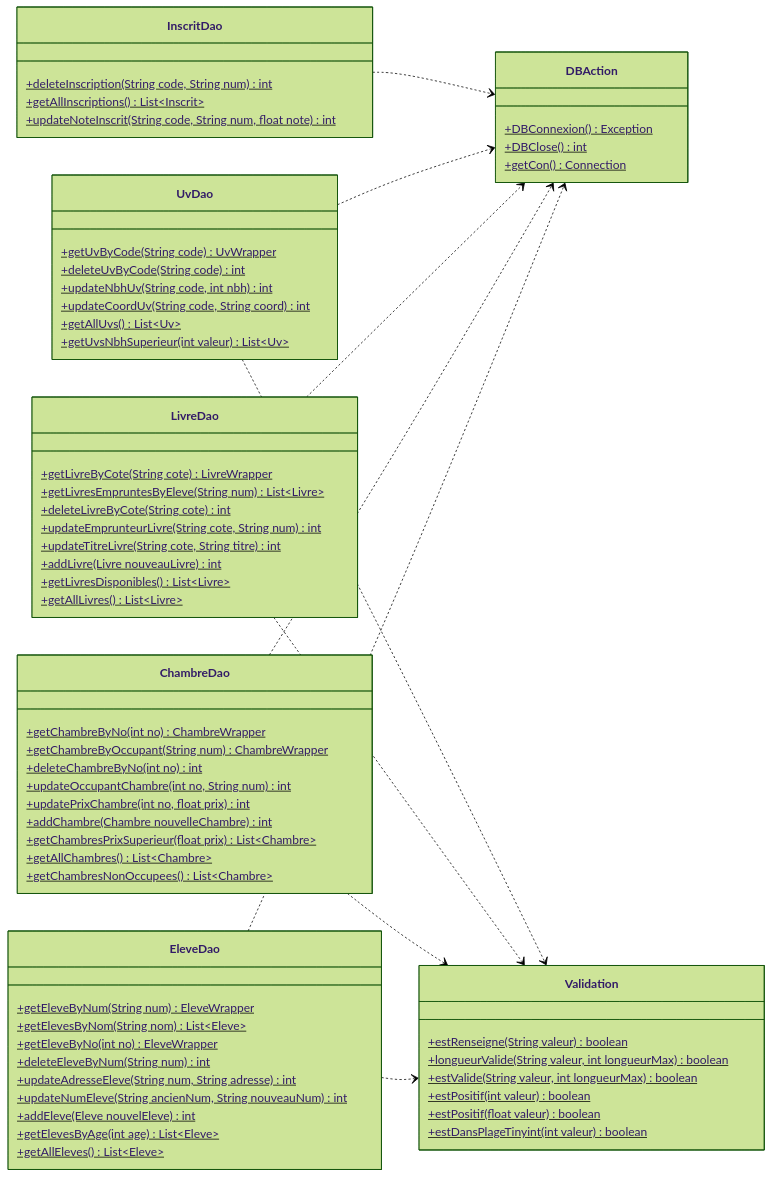
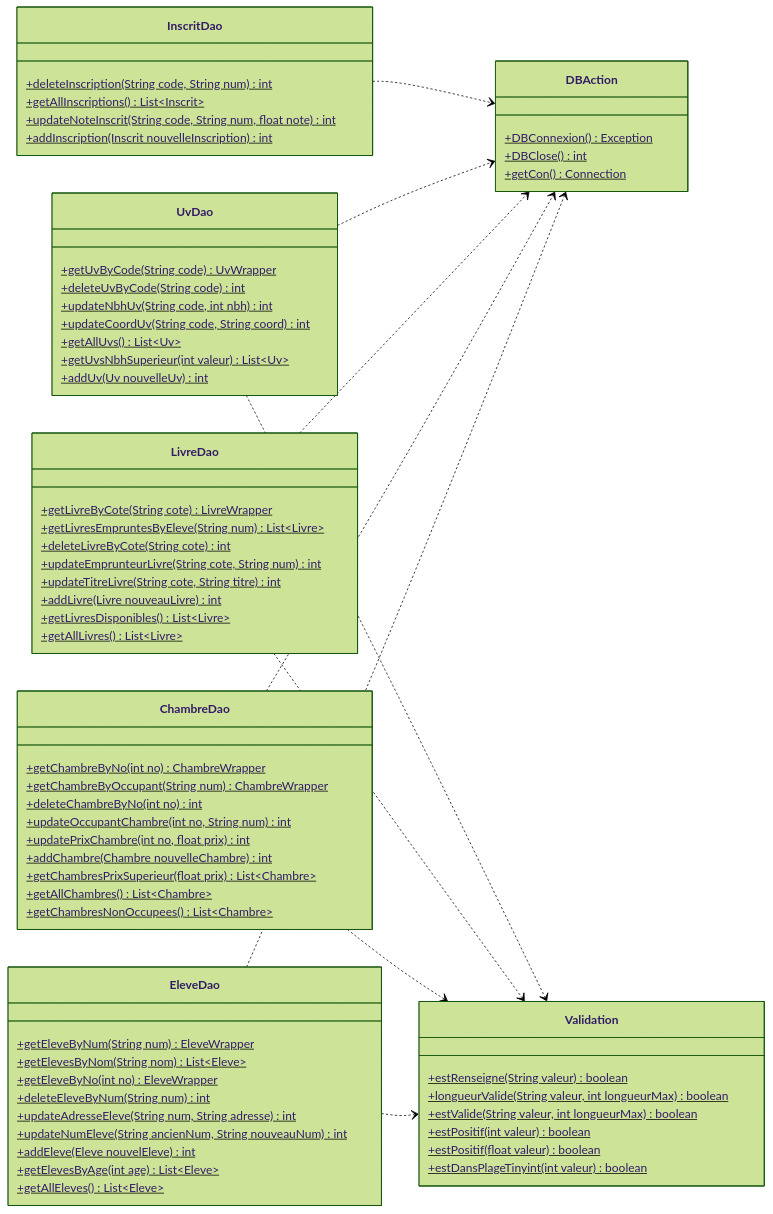
The fourth of 4 diagrams in docs/README.md (Matis-Wostry/gestionEcole), drawn with Mermaid (forest theme) before and after one commit. The commit also changed other lines of this file and 1 other file, not shown here.

````diff
--- a/docs/README.md
+++ b/docs/README.md
@@ -214,74 +215,76 @@
 ```mermaid
 classDiagram
     direction LR
 
     class EleveDao {
         +getEleveByNum(String num)$ EleveWrapper
         +getElevesByNom(String nom)$ List~Eleve~
         +getEleveByNo(int no)$ EleveWrapper
         +deleteEleveByNum(String num)$ int
         +updateAdresseEleve(String num, String adresse)$ int
         +updateNumEleve(String ancienNum, String nouveauNum)$ int
         +addEleve(Eleve nouvelEleve)$ int
         +getElevesByAge(int age)$ List~Eleve~
         +getAllEleves()$ List~Eleve~
     }
     class ChambreDao {
         +getChambreByNo(int no)$ ChambreWrapper
         +getChambreByOccupant(String num)$ ChambreWrapper
         +deleteChambreByNo(int no)$ int
         +updateOccupantChambre(int no, String num)$ int
         +updatePrixChambre(int no, float prix)$ int
         +addChambre(Chambre nouvelleChambre)$ int
         +getChambresPrixSuperieur(float prix)$ List~Chambre~
         +getAllChambres()$ List~Chambre~
         +getChambresNonOccupees()$ List~Chambre~
     }
     class LivreDao {
         +getLivreByCote(String cote)$ LivreWrapper
         +getLivresEmpruntesByEleve(String num)$ List~Livre~
         +deleteLivreByCote(String cote)$ int
         +updateEmprunteurLivre(String cote, String num)$ int
         +updateTitreLivre(String cote, String titre)$ int
         +addLivre(Livre nouveauLivre)$ int
         +getLivresDisponibles()$ List~Livre~
         +getAllLivres()$ List~Livre~
     }
     class UvDao {
         +getUvByCode(String code)$ UvWrapper
         +deleteUvByCode(String code)$ int
         +updateNbhUv(String code, int nbh)$ int
         +updateCoordUv(String code, String coord)$ int
         +getAllUvs()$ List~Uv~
         +getUvsNbhSuperieur(int valeur)$ List~Uv~
+        +addUv(Uv nouvelleUv)$ int
     }
     class InscritDao {
         +deleteInscription(String code, String num)$ int
         +getAllInscriptions()$ List~Inscrit~
         +updateNoteInscrit(String code, String num, float note)$ int
+        +addInscription(Inscrit nouvelleInscription)$ int
     }
 
     class DBAction {
         +DBConnexion()$ Exception
         +DBClose()$ int
         +getCon()$ Connection
     }
     class Validation {
         +estRenseigne(String valeur)$ boolean
         +longueurValide(String valeur, int longueurMax)$ boolean
         +estValide(String valeur, int longueurMax)$ boolean
         +estPositif(int valeur)$ boolean
         +estPositif(float valeur)$ boolean
         +estDansPlageTinyint(int valeur)$ boolean
     }
 
     EleveDao ..> DBAction
     ChambreDao ..> DBAction
     LivreDao ..> DBAction
     UvDao ..> DBAction
     InscritDao ..> DBAction
     EleveDao ..> Validation
     ChambreDao ..> Validation
     LivreDao ..> Validation
     UvDao ..> Validation
 ```
````
